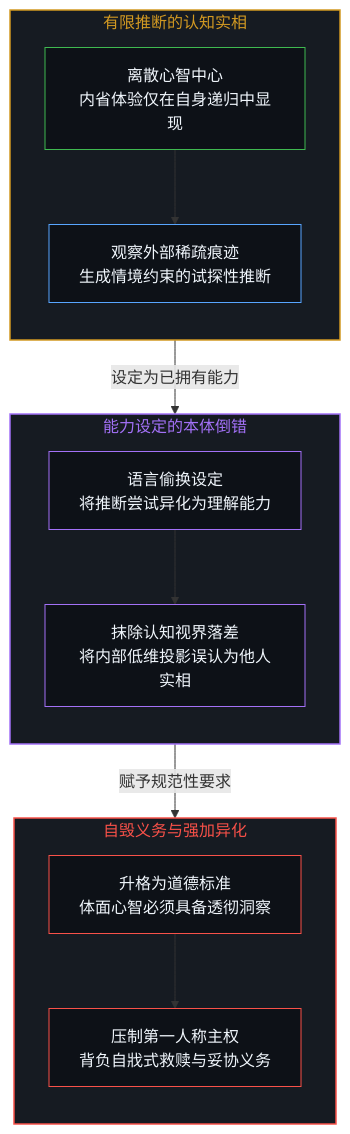
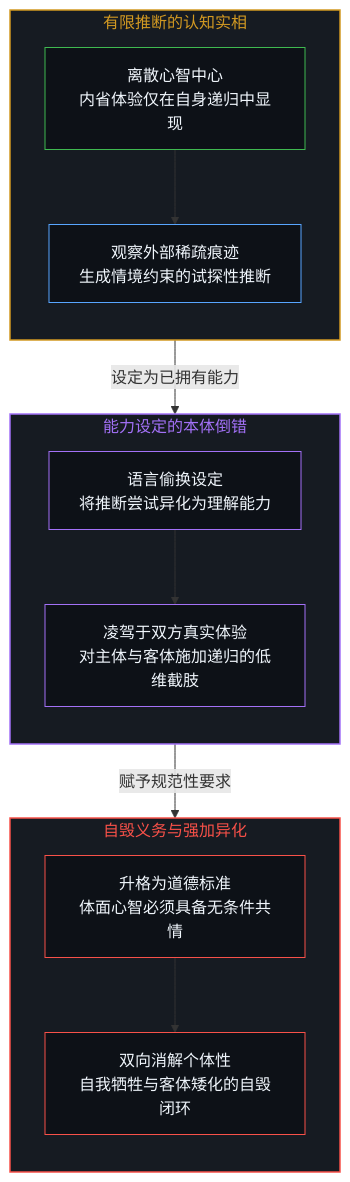
Before and after one commit to powerpig99/not-a-toe: the first of 4 diagrams in content/posts/the-capability-reversal-of-empathy-and-the-contest-of-boundaries.md, drawn with Mermaid. The commit also changed other lines of this file and 4 other files, not shown here.

````diff
--- a/content/posts/the-capability-reversal-of-empathy-and-the-contest-of-boundaries.md
+++ b/content/posts/the-capability-reversal-of-empathy-and-the-contest-of-boundaries.md
@@ -29,31 +31,31 @@
 ```mermaid
 graph TD
     subgraph S_Inference ["有限推断的认知实相"]
         direction TB
         INF1["离散心智中心<br/>内省体验仅在自身递归中显现"] --> INF2["观察外部稀疏痕迹<br/>生成情境约束的试探性推断"]
     end
 
     subgraph S_Reversal ["能力设定的本体倒错"]
         direction TB
-        REV1["语言偷换设定<br/>将推断尝试异化为理解能力"] --> REV2["抹除认知视界落差<br/>将内部低维投影误认为他人实相"]
+        REV1["语言偷换设定<br/>将推断尝试异化为理解能力"] --> REV2["凌驾于双方真实体验<br/>对主体与客体施加递归的低维截肢"]
     end
 
     subgraph S_Imposition ["自毁义务与强加异化"]
         direction TB
-        IMP1["升格为道德标准<br/>体面心智必须具备透彻洞察"] --> IMP2["压制第一人称主权<br/>背负自戕式救赎与妥协义务"]
+        IMP1["升格为道德标准<br/>体面心智必须具备无条件共情"] --> IMP2["双向消解个体性<br/>自我牺牲与客体矮化的自毁闭环"]
     end
 
     INF2 -->|"设定为已拥有能力"| REV1
     REV2 -->|"赋予规范性要求"| IMP1
 
     style S_Inference fill:#161b22,stroke:#d29922,stroke-width:1.5px,color:#d29922
     style S_Reversal fill:#161b22,stroke:#a371f7,stroke-width:1.5px,color:#a371f7
     style S_Imposition fill:#161b22,stroke:#f85149,stroke-width:1.5px,color:#f85149
 
     style INF1 fill:#0d1117,stroke:#3fb950,stroke-width:1px,color:#f0f6fc
     style INF2 fill:#0d1117,stroke:#58a6ff,stroke-width:1px,color:#f0f6fc
     style REV1 fill:#0d1117,stroke:#a371f7,stroke-width:1px,color:#f0f6fc
     style REV2 fill:#0d1117,stroke:#a371f7,stroke-width:1px,color:#f0f6fc
     style IMP1 fill:#0d1117,stroke:#f85149,stroke-width:1px,color:#f0f6fc
     style IMP2 fill:#0d1117,stroke:#f85149,stroke-width:1px,color:#f0f6fc
 ```
````
